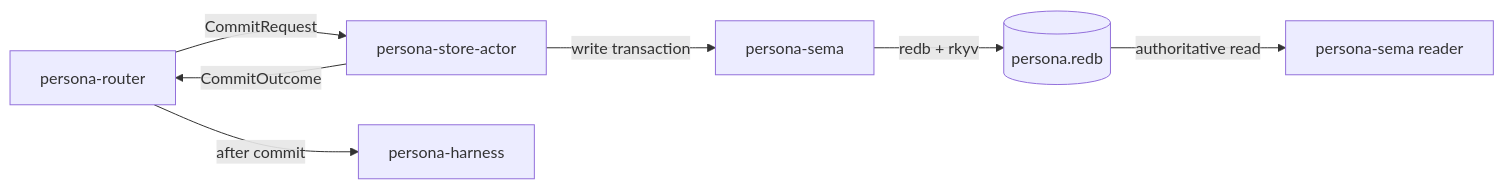
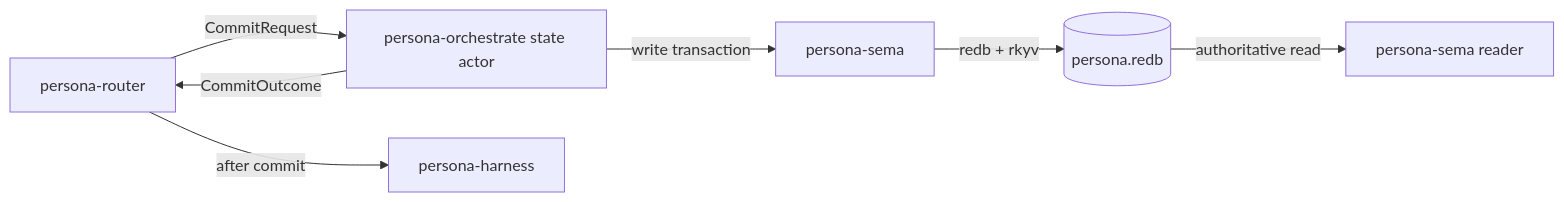
The fourth of 4 diagrams in ARCHITECTURE.md (LiGoldragon/persona), drawn with Mermaid before and after one commit. The commit also changed other lines of this file, not shown here.

Commit message:
align persona apex with orchestrator-owned sema actor and nota-only text

````diff
--- a/ARCHITECTURE.md
+++ b/ARCHITECTURE.md
@@ -158,9 +161,9 @@
 ```mermaid
 flowchart LR
-    router["persona-router"] -->|CommitRequest| store_actor["persona-store-actor"]
-    store_actor -->|write transaction| sema["persona-sema"]
+    router["persona-router"] -->|CommitRequest| orchestrate["persona-orchestrate state actor"]
+    orchestrate -->|write transaction| sema["persona-sema"]
     sema -->|redb + rkyv| database[("persona.redb")]
     database -->|authoritative read| reader["persona-sema reader"]
-    store_actor -->|CommitOutcome| router
+    orchestrate -->|CommitOutcome| router
     router -->|after commit| harness["persona-harness"]
 ```
````
